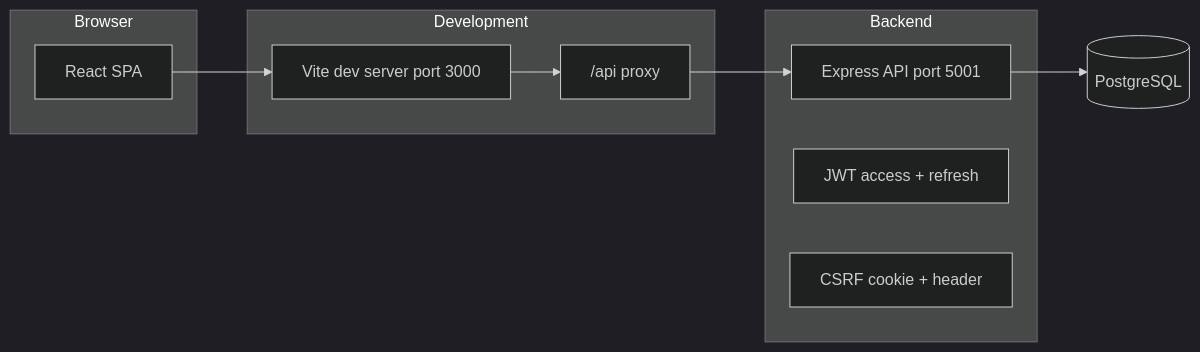
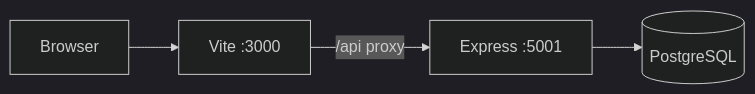
The first of 2 diagrams in README.md (calvinhosea015/web-based-attendance), drawn with Mermaid (dark theme) before and after one commit. The commit also changed other lines of this file and 2 other files, not shown here.

````diff
--- a/README.md
+++ b/README.md
@@ -43,21 +82,6 @@
 ```mermaid
 flowchart LR
-  subgraph browser [Browser]
-    UI[React SPA]
-  end
-  subgraph dev [Development]
-    Vite[Vite dev server port 3000]
-    Proxy["/api proxy"]
-  end
-  subgraph api [Backend]
-    Express[Express API port 5001]
-    JWT[JWT access + refresh]
-    CSRF[CSRF cookie + header]
-  end
-  DB[(PostgreSQL)]
-
-  UI --> Vite
-  Vite --> Proxy
-  Proxy --> Express
-  Express --> DB
+  Browser[Browser] --> Vite[Vite :3000]
+  Vite -->|"/api proxy"| API[Express :5001]
+  API --> PG[(PostgreSQL)]
 ```
````
